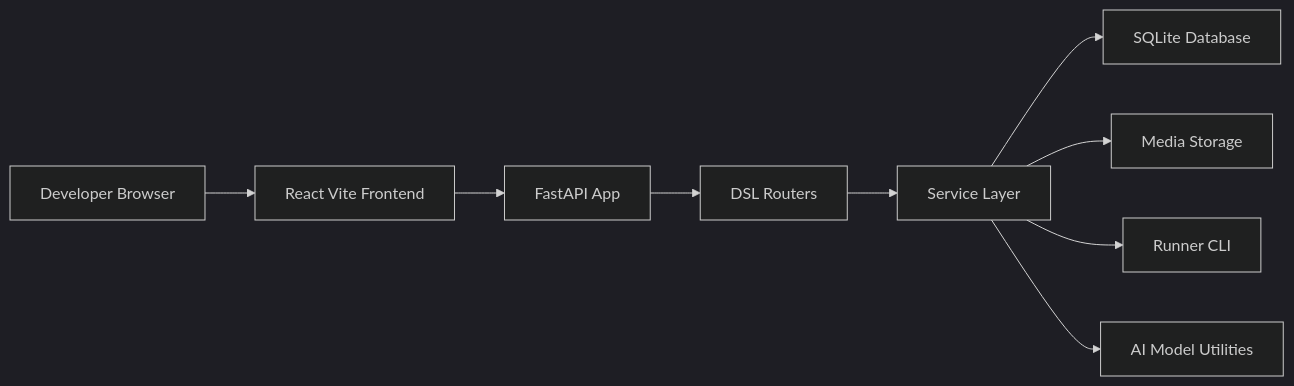
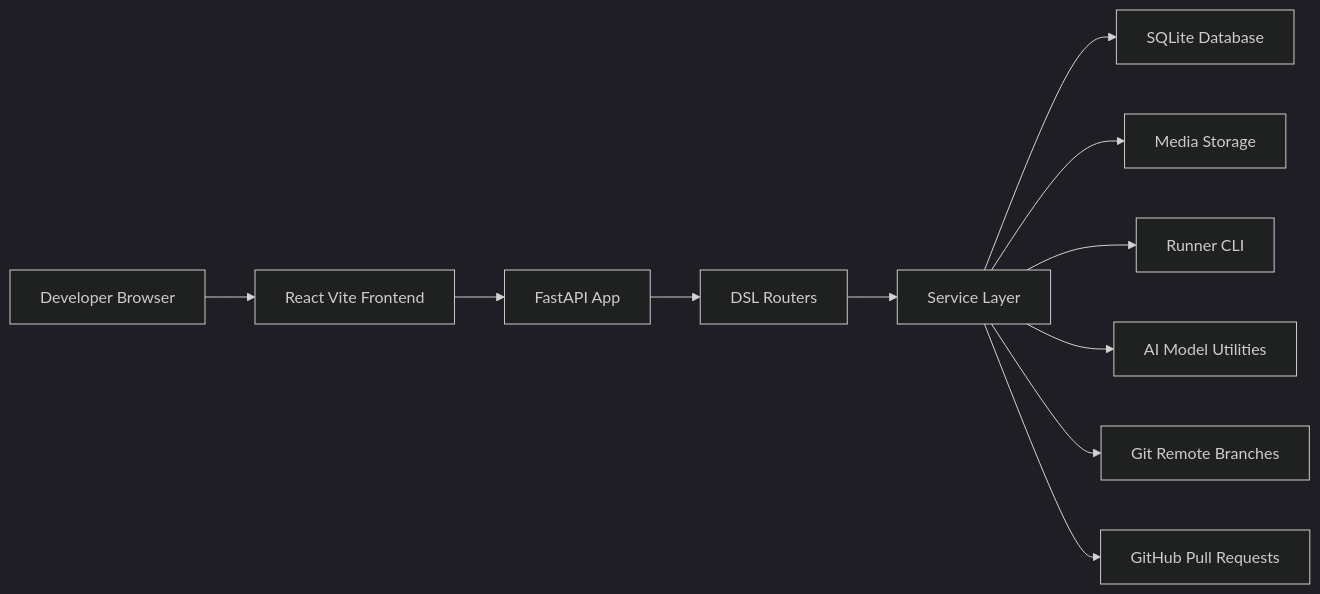
One commit to zata-zhangtao/koda changed the first of 3 diagrams in docs/architecture/system-design.md. Above: the diagram before and after it, drawn with Mermaid (dark theme). The commit also changed other lines of this file and 29 other files, not shown here.

First line of the commit message:
feat(remote-requirements): implement GitHub-backed remote requirement collaboration

````diff
--- a/docs/architecture/system-design.md
+++ b/docs/architecture/system-design.md
@@ -15,11 +15,13 @@
 ```mermaid
 flowchart LR
     USER[Developer Browser] --> UI[React Vite Frontend]
     UI --> API[FastAPI App]
     API --> ROUTER[DSL Routers]
     ROUTER --> SERVICE[Service Layer]
     SERVICE --> DB[SQLite Database]
     SERVICE --> MEDIA[Media Storage]
     SERVICE --> CODEX[Runner CLI]
     SERVICE --> TOOL[AI Model Utilities]
+    SERVICE --> GIT[Git Remote Branches]
+    SERVICE --> GITHUB[GitHub Pull Requests]
 ```
````
